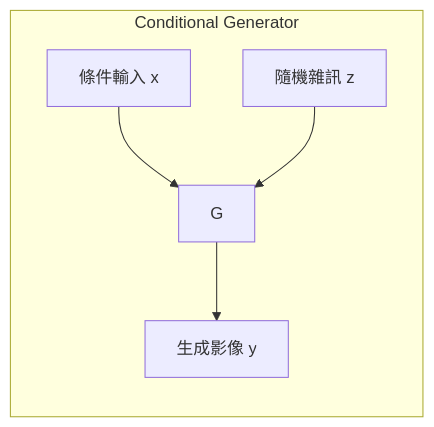
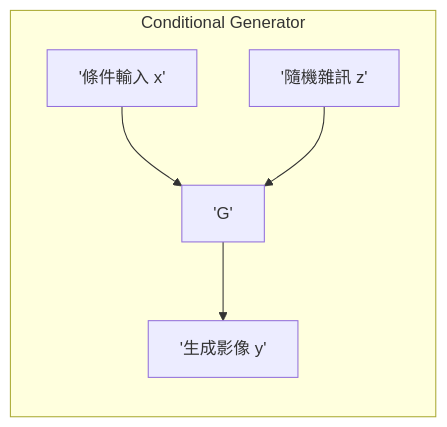
The third of 5 diagrams in content/ml2021_video23_notes.md (leo02311/ml2021-notes), drawn with Mermaid before and after one commit. The commit also changed other lines of this file and 19 other files, not shown here.

Commit message:
fix: resolve mermaid syntax errors in generated notes

````diff
--- a/content/ml2021_video23_notes.md
+++ b/content/ml2021_video23_notes.md
@@ -185,8 +185,8 @@
 ```mermaid
 graph LR
     subgraph "Conditional Generator"
-        Cond["條件輸入 x"] --> G_cond["G"]
-        Noise["隨機雜訊 z"] --> G_cond
-        G_cond --> GenY["生成影像 y"]
+        Cond['條件輸入 x'] --> G_cond['G']
+        Noise['隨機雜訊 z'] --> G_cond
+        G_cond --> GenY['生成影像 y']
     end
 ```
````
